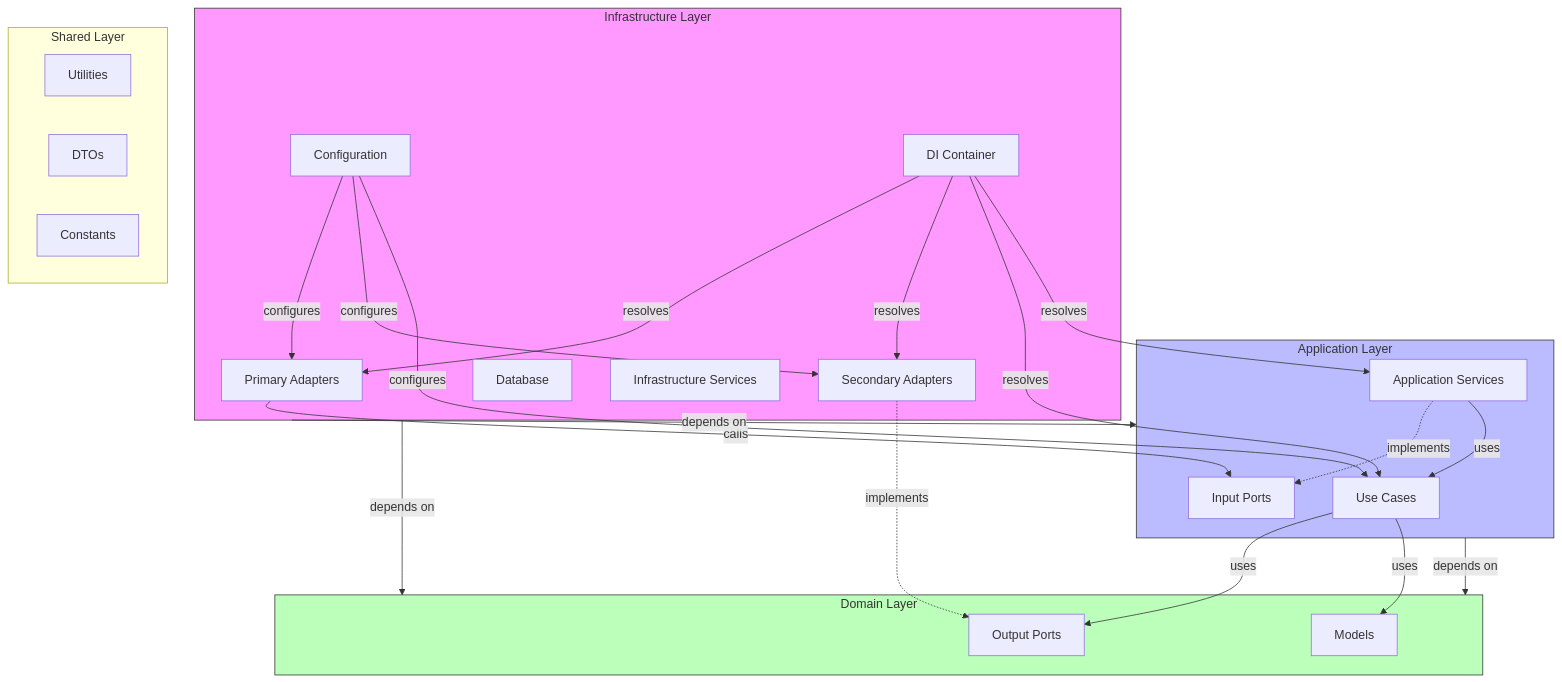
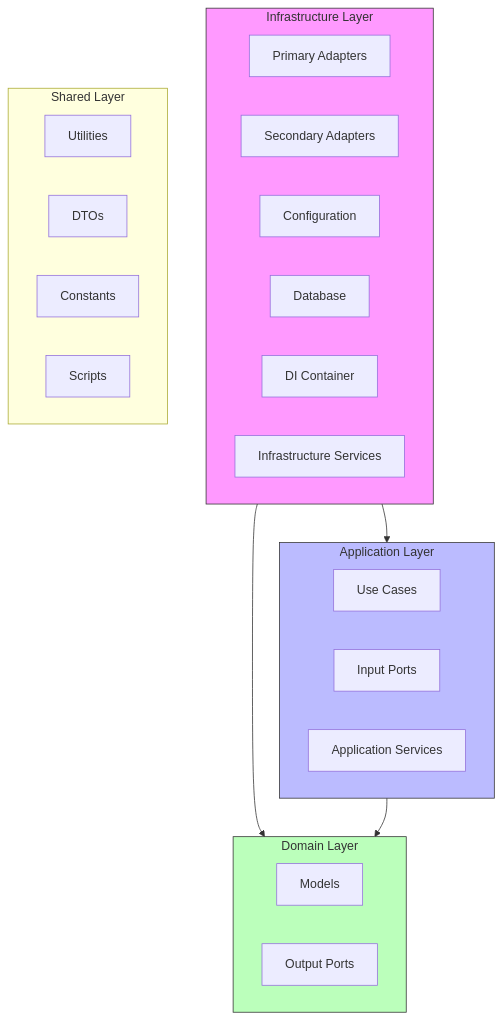
One commit to GenesisEducationKyiv/software-engineering-school-5-0-vladyslavJ changed the diagram in docs/sad/001-ports-and-adapters-architecture.md. Above: the diagram before and after it, drawn with Mermaid.

Commit message:
delete relationships between layers

````diff
--- a/docs/sad/001-ports-and-adapters-architecture.md
+++ b/docs/sad/001-ports-and-adapters-architecture.md
@@ -41,60 +41,44 @@
 ```mermaid
 graph TD
     subgraph DomainLayer["Domain Layer"]
         Models["Models"]
         OP["Output Ports"]
     end
 
     subgraph ApplicationLayer["Application Layer"]
         UC["Use Cases"]
         IP["Input Ports"]
         AppServices["Application Services"]
     end
 
     subgraph InfrastructureLayer["Infrastructure Layer"]
         PrA["Primary Adapters"]
         SecA["Secondary Adapters"]
         Config["Configuration"]
         DB["Database"]
         DI["DI Container"]
         InfraServices["Infrastructure Services"]
     end
 
     subgraph SharedLayer["Shared Layer"]
         Utils["Utilities"]
         DTOs["DTOs"]
         Constants["Constants"]
+        Scripts["Scripts"]
     end
 
     %% Dependencies between layers
-    InfrastructureLayer -->|"depends on"| ApplicationLayer
-    InfrastructureLayer -->|"depends on"| DomainLayer
-    ApplicationLayer -->|"depends on"| DomainLayer
-
-    %% Implementation relationships
-    AppServices -.->|"implements"| IP
-    SecA -.->|"implements"| OP
-    AppServices -->|"uses"| UC
-    UC -->|"uses"| OP
-    UC -->|"uses"| Models
-    PrA -->|"calls"| IP
-
-    %% Configuration wiring
-    Config -->|"configures"| PrA
-    Config -->|"configures"| SecA
-    Config -->|"configures"| UC
-    DI -->|"resolves"| PrA
-    DI -->|"resolves"| SecA
-    DI -->|"resolves"| UC
-    DI -->|"resolves"| AppServices
+    InfrastructureLayer --> ApplicationLayer
+    InfrastructureLayer --> DomainLayer
+    ApplicationLayer --> DomainLayer
 
     %% Styles
     classDef domainStyle fill:#bfb,stroke:#333;
     classDef applicationStyle fill:#bbf,stroke:#333;
     classDef infrastructureStyle fill:#f9f,stroke:#333;
     classDef sharedStyle fill:#ffb,stroke:#333;
 
     class DomainLayer domainStyle;
     class ApplicationLayer applicationStyle;
     class InfrastructureLayer infrastructureStyle;
 ```
````
